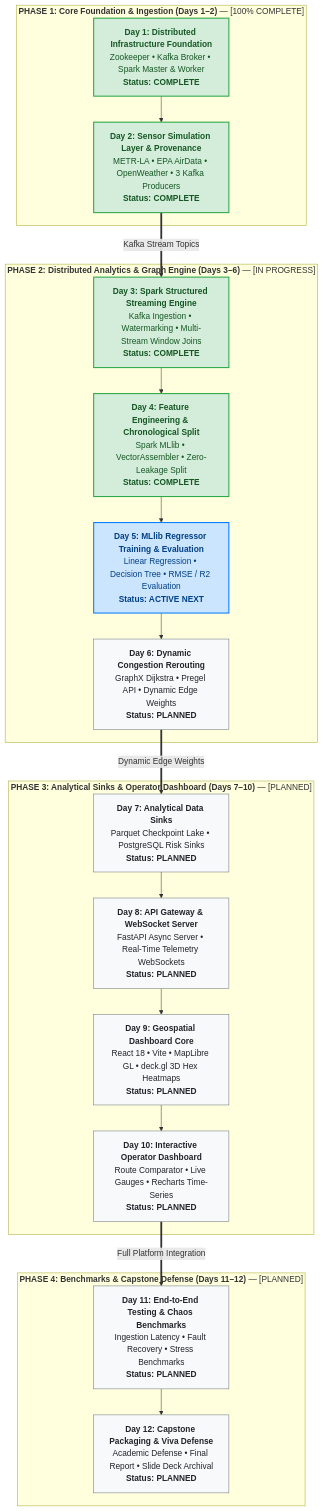
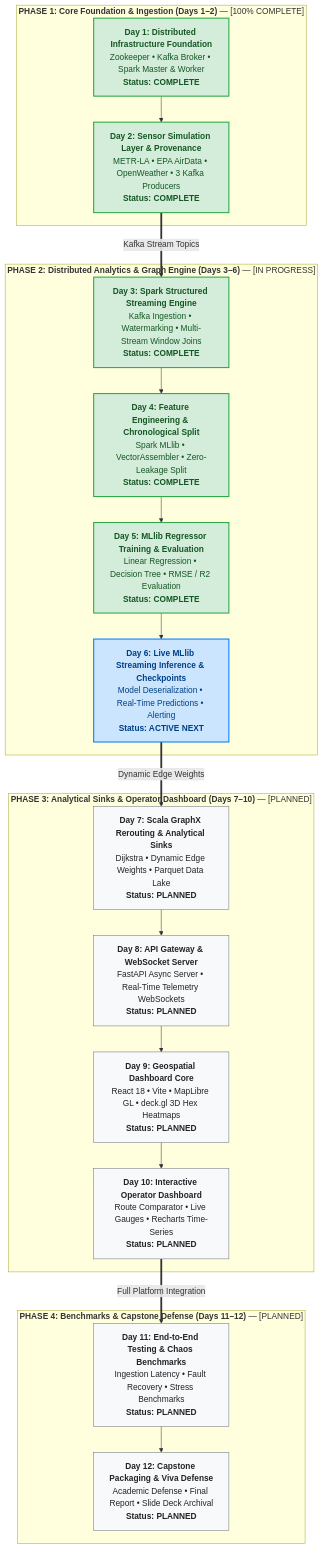
Before and after one commit to charan21042005/urbanix: the diagram in _day-notes/README.md, drawn with Mermaid. The commit also changed other lines of this file and 6 other files, not shown here.

Commit message:
docs(ml): document Day 5 model metrics, viva guide, and update milestone roadmaps

````diff
--- a/_day-notes/README.md
+++ b/_day-notes/README.md
@@ -18,53 +19,53 @@
 ```mermaid
 graph TD
     %% Phase 1: Core Foundation & Ingestion
     subgraph P1["<b>PHASE 1: Core Foundation & Ingestion (Days 1–2)</b> — [100% COMPLETE]"]
         D1["<b>Day 1: Distributed Infrastructure Foundation</b><br>Zookeeper • Kafka Broker • Spark Master & Worker<br><b>Status: COMPLETE</b>"]
         D2["<b>Day 2: Sensor Simulation Layer & Provenance</b><br>METR-LA • EPA AirData • OpenWeather • 3 Kafka Producers<br><b>Status: COMPLETE</b>"]
         D1 --> D2
     end
 
     %% Phase 2: Distributed Analytics & Graph Engine
     subgraph P2["<b>PHASE 2: Distributed Analytics & Graph Engine (Days 3–6)</b> — [IN PROGRESS]"]
         D3["<b>Day 3: Spark Structured Streaming Engine</b><br>Kafka Ingestion • Watermarking • Multi-Stream Window Joins<br><b>Status: COMPLETE</b>"]
         D4["<b>Day 4: Feature Engineering & Chronological Split</b><br>Spark MLlib • VectorAssembler • Zero-Leakage Split<br><b>Status: COMPLETE</b>"]
-        D5["<b>Day 5: MLlib Regressor Training & Evaluation</b><br>Linear Regression • Decision Tree • RMSE / R2 Evaluation<br><b>Status: ACTIVE NEXT</b>"]
-        D6["<b>Day 6: Dynamic Congestion Rerouting</b><br>GraphX Dijkstra • Pregel API • Dynamic Edge Weights<br><b>Status: PLANNED</b>"]
+        D5["<b>Day 5: MLlib Regressor Training & Evaluation</b><br>Linear Regression • Decision Tree • RMSE / R2 Evaluation<br><b>Status: COMPLETE</b>"]
+        D6["<b>Day 6: Live MLlib Streaming Inference & Checkpoints</b><br>Model Deserialization • Real-Time Predictions • Alerting<br><b>Status: ACTIVE NEXT</b>"]
         D3 --> D4 --> D5 --> D6
     end
 
     %% Phase 3: Analytical Sinks & Operator Dashboard
     subgraph P3["<b>PHASE 3: Analytical Sinks & Operator Dashboard (Days 7–10)</b> — [PLANNED]"]
-        D7["<b>Day 7: Analytical Data Sinks</b><br>Parquet Checkpoint Lake • PostgreSQL Risk Sinks<br><b>Status: PLANNED</b>"]
+        D7["<b>Day 7: Scala GraphX Rerouting & Analytical Sinks</b><br>Dijkstra • Dynamic Edge Weights • Parquet Data Lake<br><b>Status: PLANNED</b>"]
         D8["<b>Day 8: API Gateway & WebSocket Server</b><br>FastAPI Async Server • Real-Time Telemetry WebSockets<br><b>Status: PLANNED</b>"]
         D9["<b>Day 9: Geospatial Dashboard Core</b><br>React 18 • Vite • MapLibre GL • deck.gl 3D Hex Heatmaps<br><b>Status: PLANNED</b>"]
         D10["<b>Day 10: Interactive Operator Dashboard</b><br>Route Comparator • Live Gauges • Recharts Time-Series<br><b>Status: PLANNED</b>"]
         D7 --> D8 --> D9 --> D10
     end
 
     %% Phase 4: Benchmarks & Defense
     subgraph P4["<b>PHASE 4: Benchmarks & Capstone Defense (Days 11–12)</b> — [PLANNED]"]
         D11["<b>Day 11: End-to-End Testing & Chaos Benchmarks</b><br>Ingestion Latency • Fault Recovery • Stress Benchmarks<br><b>Status: PLANNED</b>"]
         D12["<b>Day 12: Capstone Packaging & Viva Defense</b><br>Academic Defense • Final Report • Slide Deck Archival<br><b>Status: PLANNED</b>"]
         D11 --> D12
     end
 
     %% Inter-Phase Transitions
     D2 ==>|Kafka Stream Topics| D3
     D6 ==>|Dynamic Edge Weights| D7
     D10 ==>|Full Platform Integration| D11
 
     %% Explicit High-Contrast Styling (Guaranteed Readability in Light & Dark Themes)
     style D1 fill:#d4edda,stroke:#28a745,stroke-width:2px,color:#155724
     style D2 fill:#d4edda,stroke:#28a745,stroke-width:2px,color:#155724
     style D3 fill:#d4edda,stroke:#28a745,stroke-width:2px,color:#155724
     style D4 fill:#d4edda,stroke:#28a745,stroke-width:2px,color:#155724
-    style D5 fill:#cce5ff,stroke:#007bff,stroke-width:2px,color:#004085
-    style D6 fill:#f8f9fa,stroke:#6c757d,stroke-width:1px,color:#212529
+    style D5 fill:#d4edda,stroke:#28a745,stroke-width:2px,color:#155724
+    style D6 fill:#cce5ff,stroke:#007bff,stroke-width:2px,color:#004085
     style D7 fill:#f8f9fa,stroke:#6c757d,stroke-width:1px,color:#212529
     style D8 fill:#f8f9fa,stroke:#6c757d,stroke-width:1px,color:#212529
     style D9 fill:#f8f9fa,stroke:#6c757d,stroke-width:1px,color:#212529
     style D10 fill:#f8f9fa,stroke:#6c757d,stroke-width:1px,color:#212529
     style D11 fill:#f8f9fa,stroke:#6c757d,stroke-width:1px,color:#212529
     style D12 fill:#f8f9fa,stroke:#6c757d,stroke-width:1px,color:#212529
 ```
````
